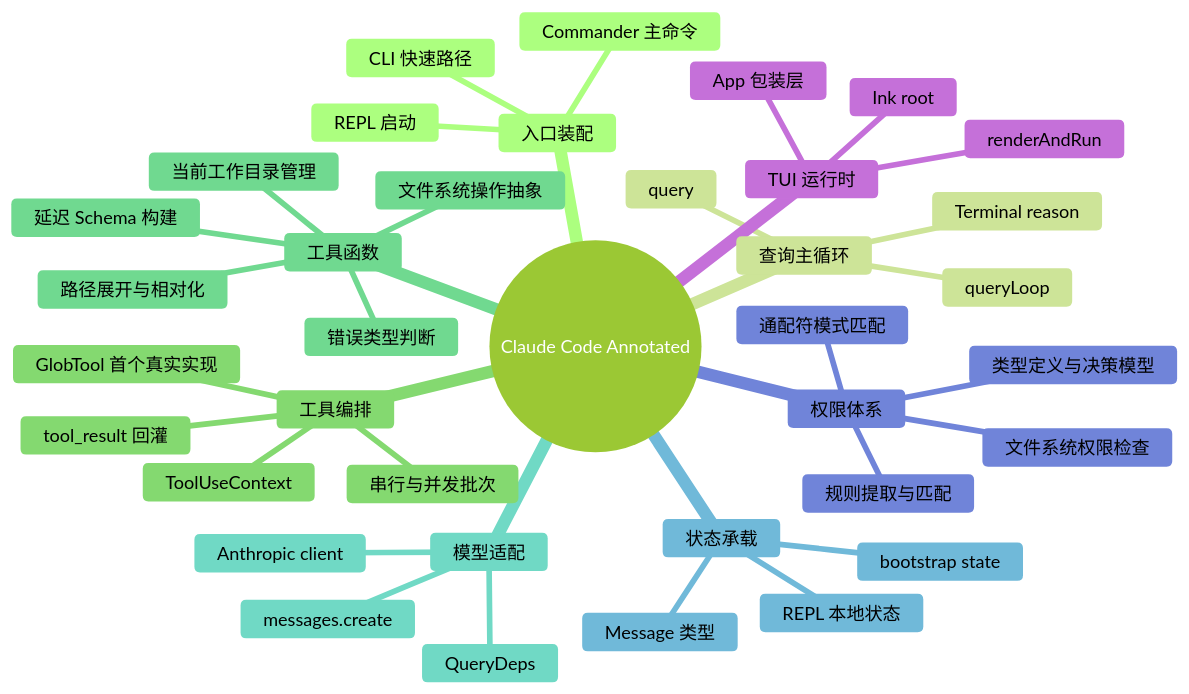
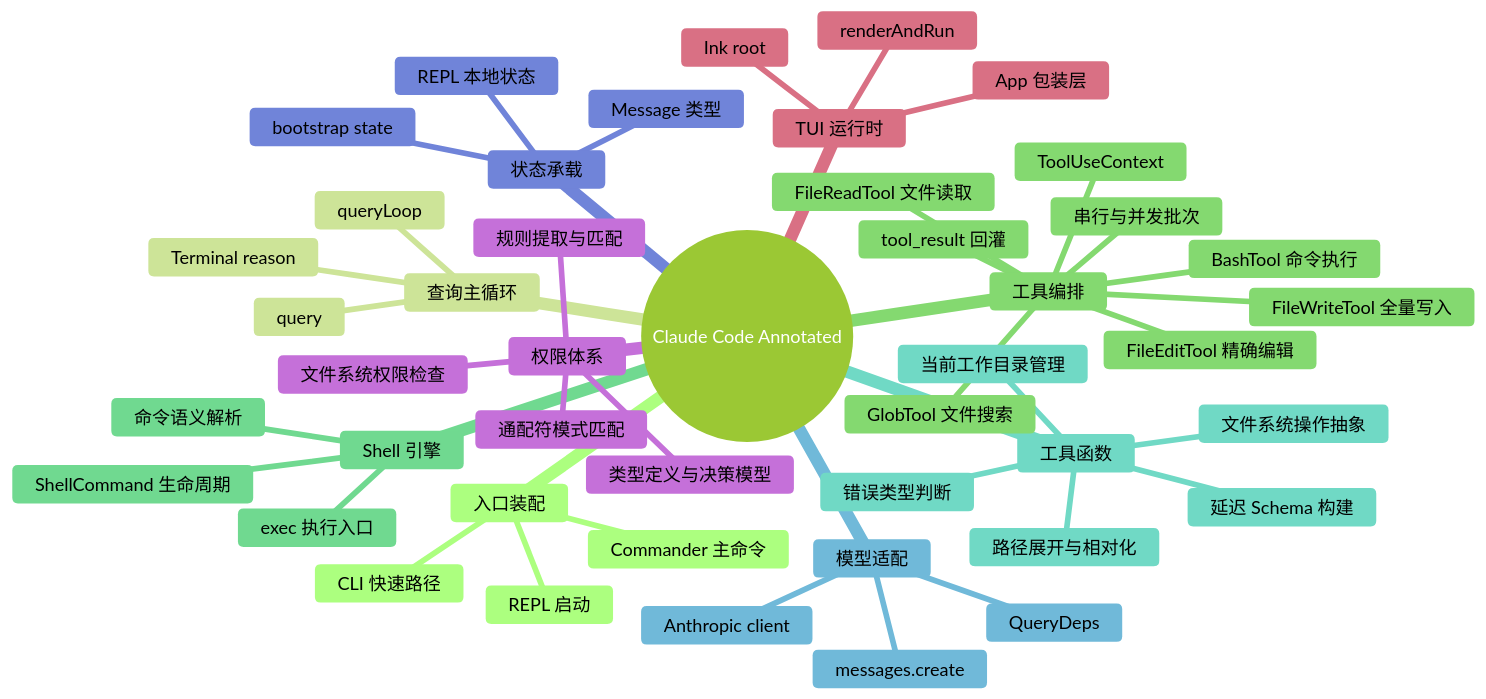
Before and after one commit to friendlyhank/claude-code-annotated: the diagram in notes/reviews/overview.md, drawn with Mermaid (forest theme). The commit also changed other lines of this file and 55 other files, not shown here.

First line of the commit message:
docs: 新增 Edit/Write/Bash 工具实现分析 & 修复 Mermaid 渲染 & 更新 graphify

````diff
--- a/notes/reviews/overview.md
+++ b/notes/reviews/overview.md
@@ -167,40 +190,48 @@
 ```mermaid
 mindmap
   root((Claude Code Annotated))
     入口装配
       CLI 快速路径
       Commander 主命令
       REPL 启动
     查询主循环
       query
       queryLoop
       Terminal reason
     工具编排
       ToolUseContext
       串行与并发批次
       tool_result 回灌
-      GlobTool 首个真实实现
+      GlobTool 文件搜索
+      FileReadTool 文件读取
+      FileEditTool 精确编辑
+      FileWriteTool 全量写入
+      BashTool 命令执行
+    Shell 引擎
+      exec 执行入口
+      ShellCommand 生命周期
+      命令语义解析
     工具函数
       路径展开与相对化
       当前工作目录管理
       文件系统操作抽象
       延迟 Schema 构建
       错误类型判断
     模型适配
       QueryDeps
       Anthropic client
       messages.create
     状态承载
       bootstrap state
       Message 类型
       REPL 本地状态
     权限体系
       类型定义与决策模型
       规则提取与匹配
       文件系统权限检查
       通配符模式匹配
     TUI 运行时
       Ink root
       renderAndRun
       App 包装层
 ```
````
